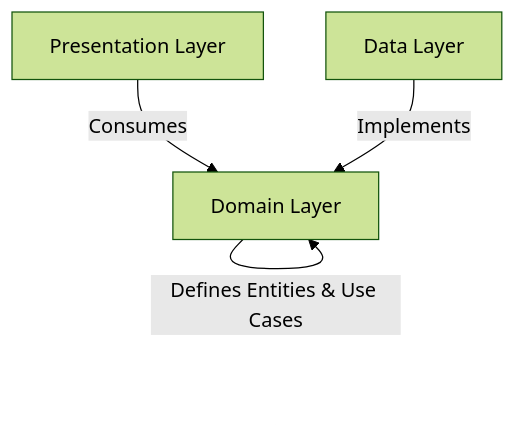
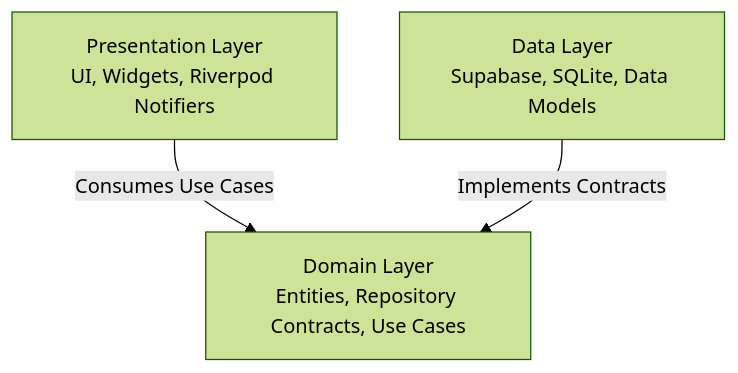
One commit to alxayeed/Jatayat changed the diagram in README.md. Above: the diagram before and after it, drawn with Mermaid (forest theme). The commit also changed other lines of this file and 9 other files, not shown here.

````diff
--- a/README.md
+++ b/README.md
@@ -28,6 +53,5 @@
 ```mermaid
 graph TD
-    A[Presentation Layer] -->|Consumes| B[Domain Layer]
-    C[Data Layer] -->|Implements| B[Domain Layer]
-    B -->|Defines Entities & Use Cases| B
+    A[Presentation Layer<br/>UI, Widgets, Riverpod Notifiers] -->|Consumes Use Cases| B[Domain Layer<br/>Entities, Repository Contracts, Use Cases]
+    C[Data Layer<br/>Supabase, SQLite, Data Models] -->|Implements Contracts| B
 ```
````
